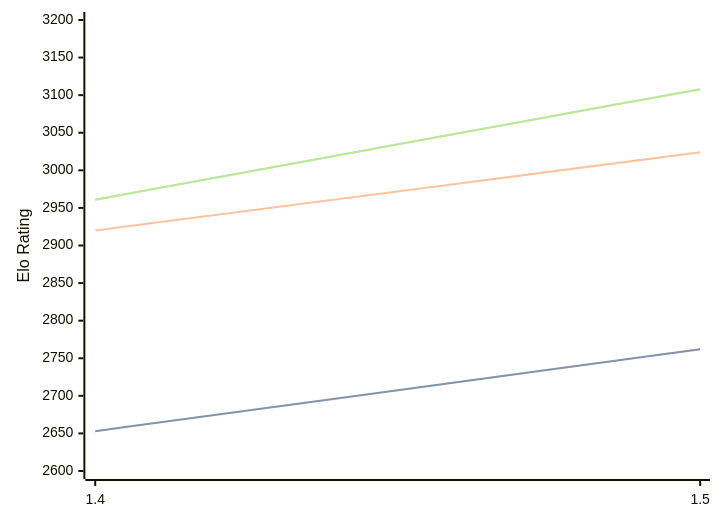
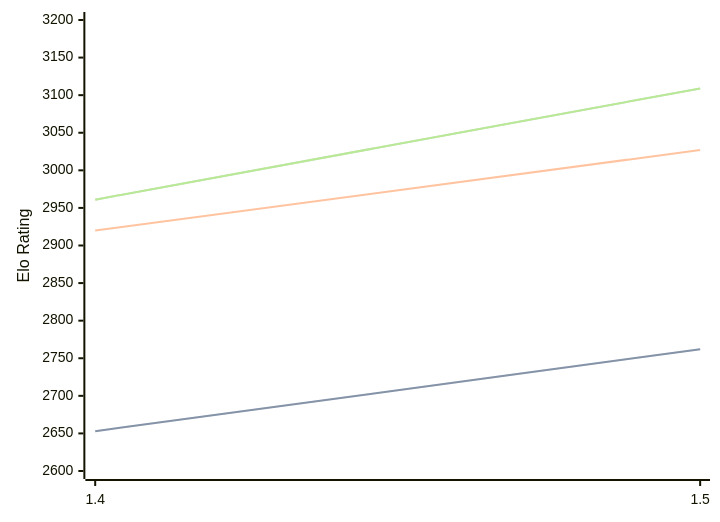
The diagram in engines/Yakka.md (computer-chess-index/cci), drawn with Mermaid before and after one commit. The commit also changed other lines of this file, not shown here.

Commit message:
Update CCI Ratings (ELO VLTC) - 2026-09-09

````diff
--- a/engines/Yakka.md
+++ b/engines/Yakka.md
@@ -32,11 +32,11 @@
 ```mermaid
 %%{init: {"theme":"base","themeVariables":{"seriesColors:['#a3a3a3','#222221','#faa371']}}}%%
 xychart-beta
   x-axis ["1.4", "1.5"]
   y-axis "Elo Rating" 2600 --> 3200
   line "" [2653, 2762]
   line "STC (8.0+0.08s)" [2653, 2762]
-  line "LTC (60.0+0.60s)" [2920, 3024]
-  line "" [2961, 3108]
-  line "VLTC (2m24s+1.12s)" [2961, 3108]
+  line "LTC (60.0+0.60s)" [2920, 3027]
+  line "" [2961, 3109]
+  line "VLTC (2m24s+1.12s)" [2961, 3109]
 ```
````
